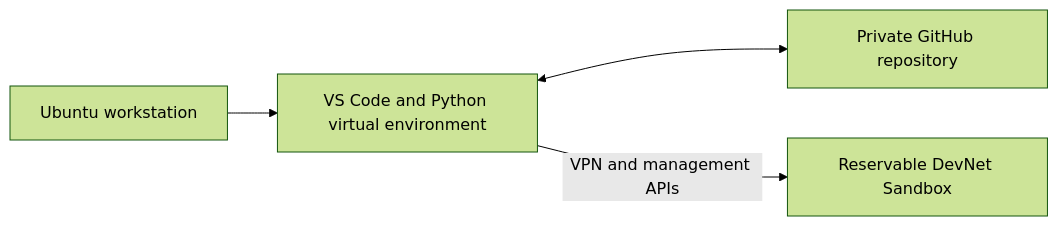
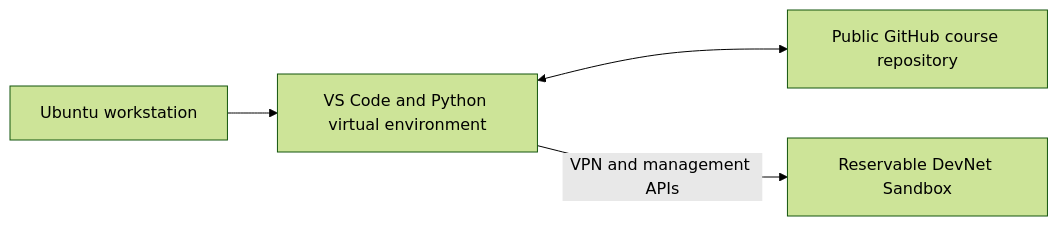
Before and after one commit to tanthanh85/CCNAAUTO-LAB: the diagram in Lab 01 - Get Started/Lab1.md, drawn with Mermaid (forest theme). The commit also changed other lines of this file and 8 other files, not shown here.

````diff
--- a/Lab 01 - Get Started/Lab1.md
+++ b/Lab 01 - Get Started/Lab1.md
@@ -21,6 +21,6 @@
 ```mermaid
 flowchart LR
     A["Ubuntu workstation"] --> B["VS Code and Python virtual environment"]
-    B <--> C["Private GitHub repository"]
+    B <--> C["Public GitHub course repository"]
     B -->|"VPN and management APIs"| D["Reservable DevNet Sandbox"]
 ```
````
